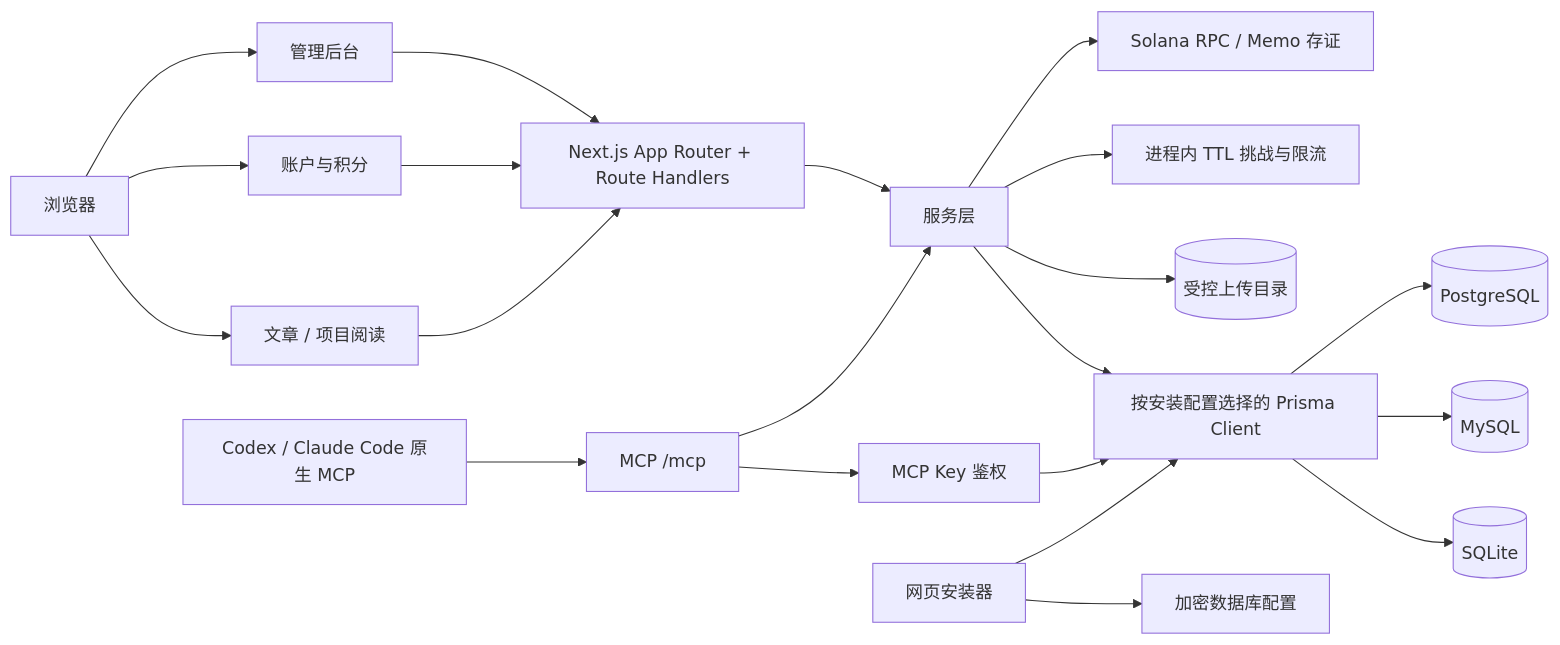
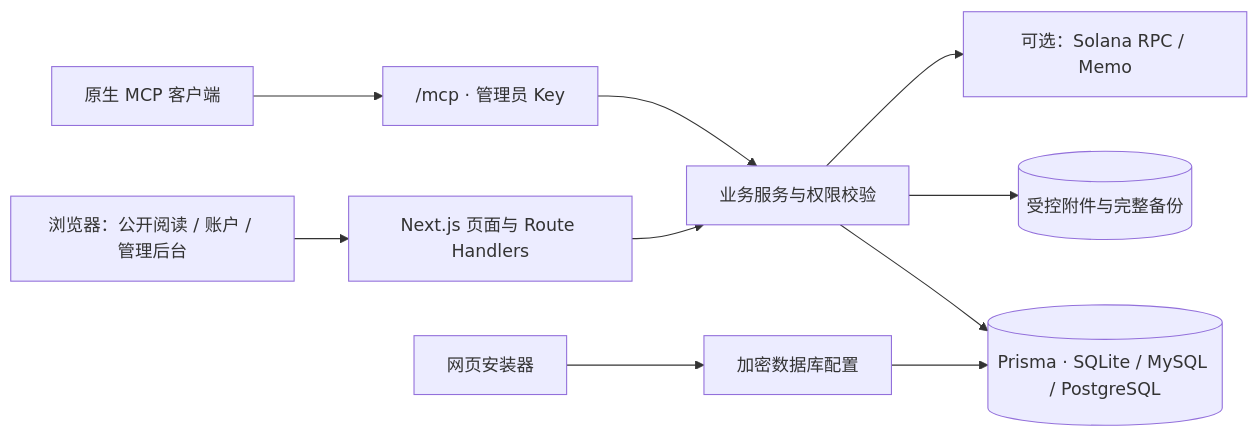
One commit to holic512/SlothVault changed the diagram in README.md. Above: the diagram before and after it, drawn with Mermaid. The commit also changed other lines of this file and 9 other files, not shown here.

Commit message:
[fix] [1.重写项目说明并完善快速开始、功能介绍与文档导航。 2.替换过期界面截图并补充截图来源和数据边界说明。 3.同步应用与锁文件版本至2.6.12。]

````diff
--- a/README.md
+++ b/README.md
@@ -183,27 +174,12 @@
 ```mermaid
 flowchart LR
-    Browser["浏览器"] --> Public["文章 / 项目阅读"]
-    Browser --> Account["账户与积分"]
-    Browser --> Admin["管理后台"]
-    McpClient["Codex / Claude Code 原生 MCP"] --> Mcp["MCP /mcp"]
-
-    Public --> Routes["Next.js App Router + Route Handlers"]
-    Account --> Routes
-    Admin --> Routes
-    Mcp --> McpKey["MCP Key 鉴权"]
-    Mcp --> Services
-    McpKey --> Prisma
-
-    Routes --> Services["服务层"]
-    Services --> Prisma["按安装配置选择的 Prisma Client"]
-    Prisma --> SQLite[(SQLite)]
-    Prisma --> MySQL[(MySQL)]
-    Prisma --> PostgreSQL[(PostgreSQL)]
-
-    Services --> Uploads[(受控上传目录)]
-    Services --> Memory["进程内 TTL 挑战与限流"]
-    Services --> Solana["Solana RPC / Memo 存证"]
-
-    Installer["网页安装器"] --> EncryptedConfig["加密数据库配置"]
-    Installer --> Prisma
+    Web["浏览器：公开阅读 / 账户 / 管理后台"] --> App["Next.js 页面与 Route Handlers"]
+    Native["原生 MCP 客户端"] --> MCP["/mcp · 管理员 Key"]
+    App --> Services["业务服务与权限校验"]
+    MCP --> Services
+    Services --> DB[("Prisma · SQLite / MySQL / PostgreSQL")]
+    Services --> Files[("受控附件与完整备份")]
+    Services --> Solana["可选：Solana RPC / Memo"]
+    Installer["网页安装器"] --> Config["加密数据库配置"]
+    Config --> DB
 ```
````
